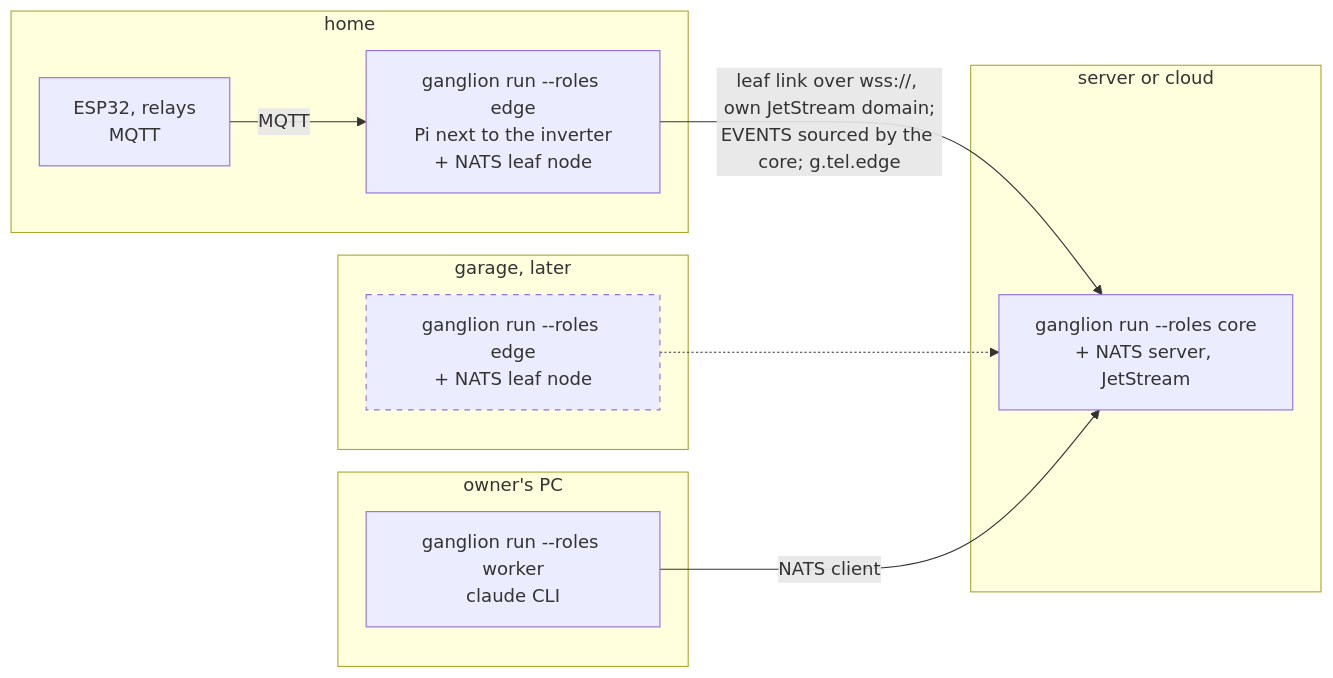
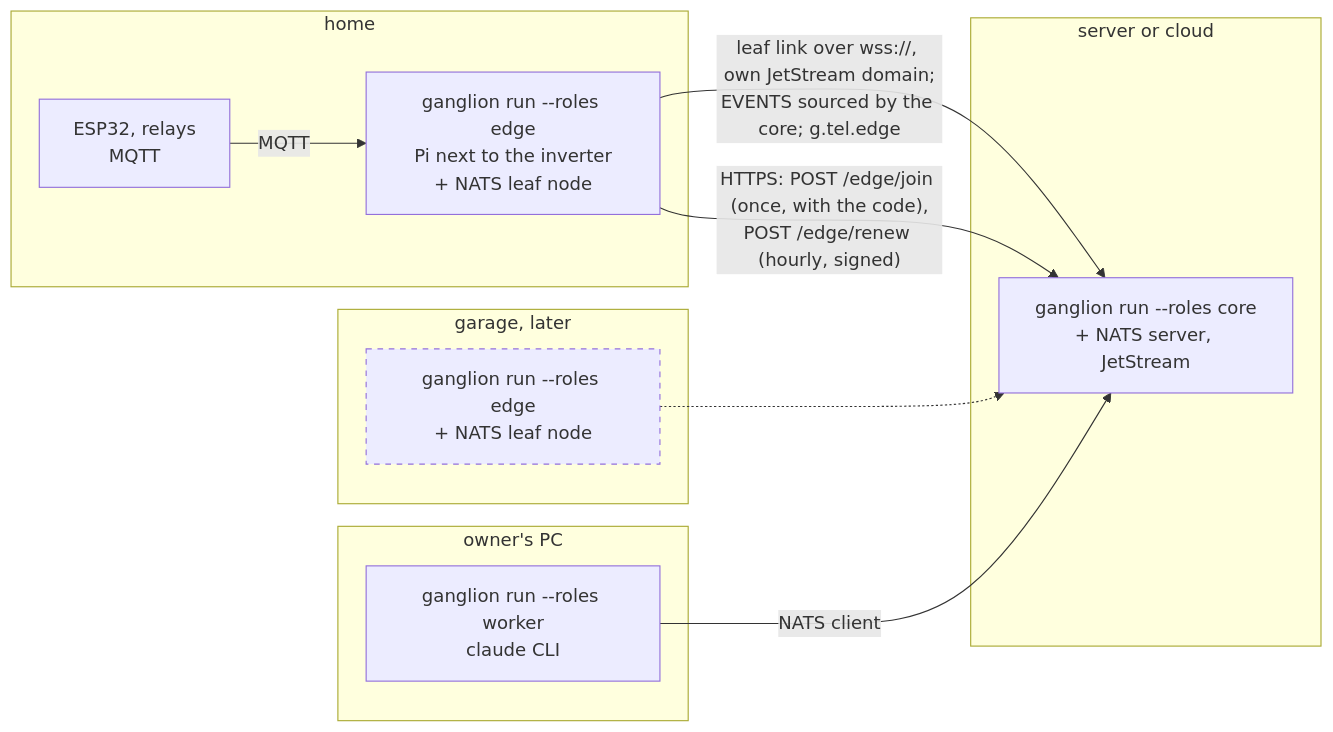
The third of 3 diagrams in docs/architecture/02-containers.md (igorrius/ganglion), drawn with Mermaid before and after one commit. The commit also changed other lines of this file and 44 other files, not shown here.

First line of the commit message:
edge: join from the chat, ganglion edge join, hourly renewal, /edges with Revoke (#322)

````diff
--- a/docs/architecture/02-containers.md
+++ b/docs/architecture/02-containers.md
@@ -123,23 +129,24 @@
 ```mermaid
 flowchart LR
     subgraph server["server or cloud"]
         cn["ganglion run --roles core<br/>+ NATS server, JetStream"]
     end
     subgraph home["home"]
         e1["ganglion run --roles edge<br/>Pi next to the inverter<br/>+ NATS leaf node"]
         esp["ESP32, relays<br/>MQTT"]
     end
     subgraph garage["garage, later"]
         e2["ganglion run --roles edge<br/>+ NATS leaf node"]
     end
     subgraph pc["owner's PC"]
         wk["ganglion run --roles worker<br/>claude CLI"]
     end
     e1 -- "leaf link over wss://, own JetStream domain;<br/>EVENTS sourced by the core; g.tel.edge" --> cn
+    e1 -- "HTTPS: POST /edge/join (once, with the code),<br/>POST /edge/renew (hourly, signed)" --> cn
     e2 -.-> cn
     wk -- "NATS client" --> cn
     esp -- "MQTT" --> e1
 
     classDef planned stroke-dasharray: 5 5
     class e2 planned
 ```
````
